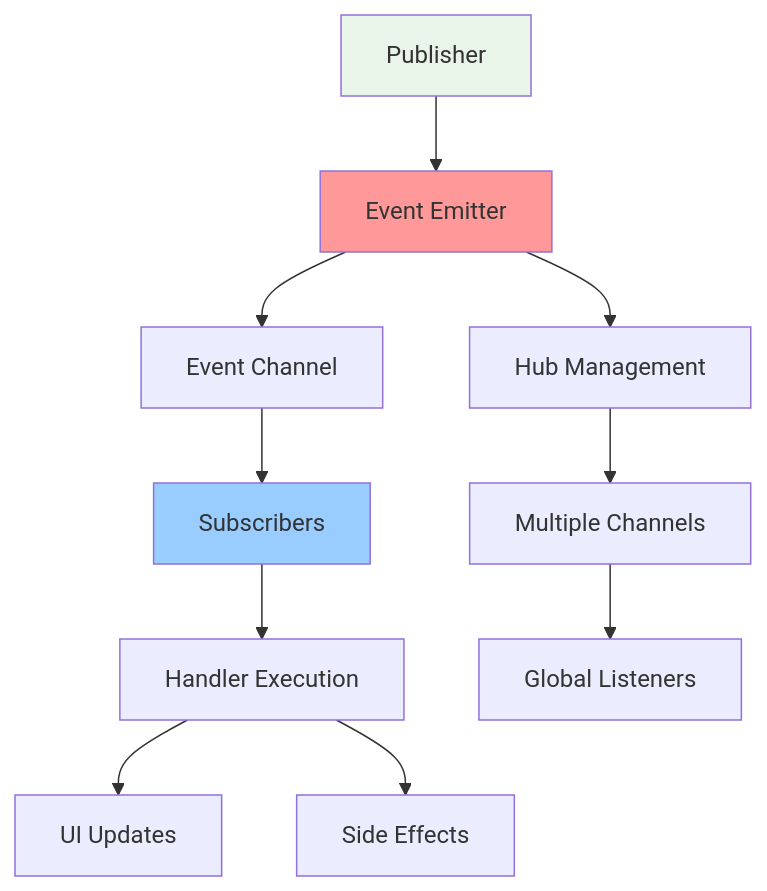
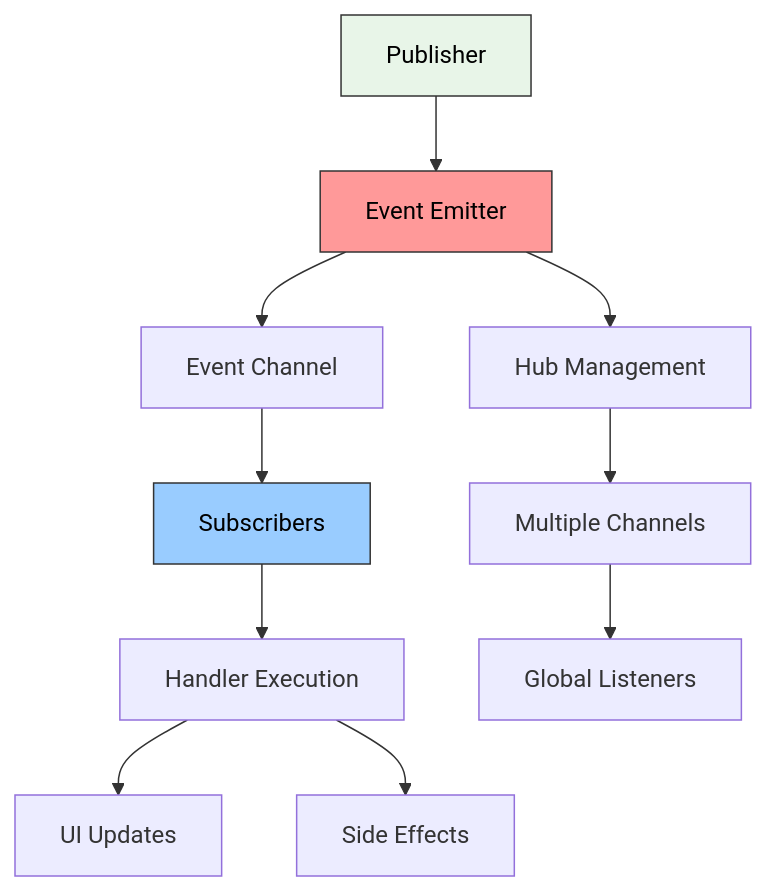
The seventh of 18 diagrams in README.md (sujeet-pro/reactivity), drawn with Mermaid before and after one commit. The commit also changed other lines of this file and 4 other files, not shown here.

````diff
--- a/README.md
+++ b/README.md
@@ -330,17 +360,17 @@
 ```mermaid
 graph TD
     A[Publisher] --> B[Event Emitter]
     B --> C[Event Channel]
     C --> D[Subscribers]
     D --> E[Handler Execution]
     E --> F[UI Updates]
     E --> G[Side Effects]
     
     B --> H[Hub Management]
     H --> I[Multiple Channels]
     I --> J[Global Listeners]
     
-    style A fill:#e8f5e8
-    style B fill:#ff9999
-    style D fill:#99ccff
+    style A fill:#e8f5e8,stroke:#333,color:#000
+    style B fill:#ff9999,stroke:#333,color:#000
+    style D fill:#99ccff,stroke:#333,color:#000
 ```
````
